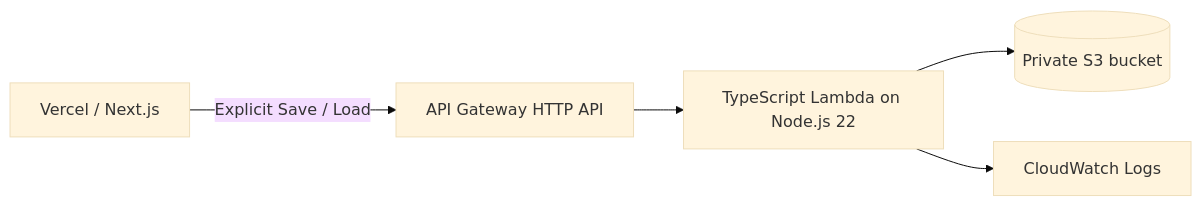
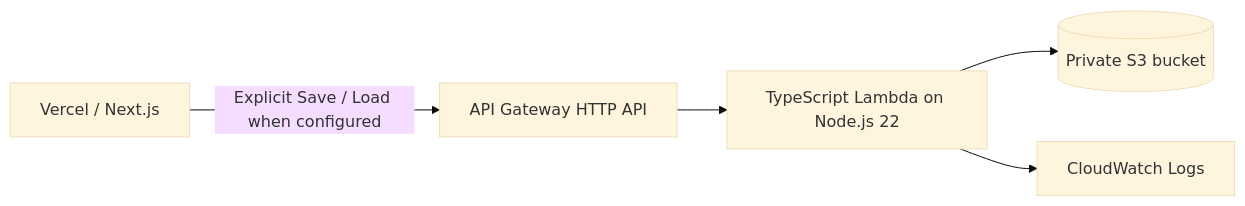
The diagram in docs/AWS_ARCHITECTURE.md (omaewamoushindei/llm-workflow-benchmark-lab), drawn with Mermaid (base theme) before and after one commit. The commit also changed other lines of this file and 3 other files, not shown here.

````diff
--- a/docs/AWS_ARCHITECTURE.md
+++ b/docs/AWS_ARCHITECTURE.md
@@ -9,7 +13,7 @@
 ```mermaid
 flowchart LR
-  App[Vercel / Next.js] -->|Explicit Save / Load| Api[API Gateway HTTP API]
+  App[Vercel / Next.js] -->|Explicit Save / Load when configured| Api[API Gateway HTTP API]
   Api --> Lambda[TypeScript Lambda on Node.js 22]
   Lambda --> S3[(Private S3 bucket)]
   Lambda --> Logs[CloudWatch Logs]
 ```
````
